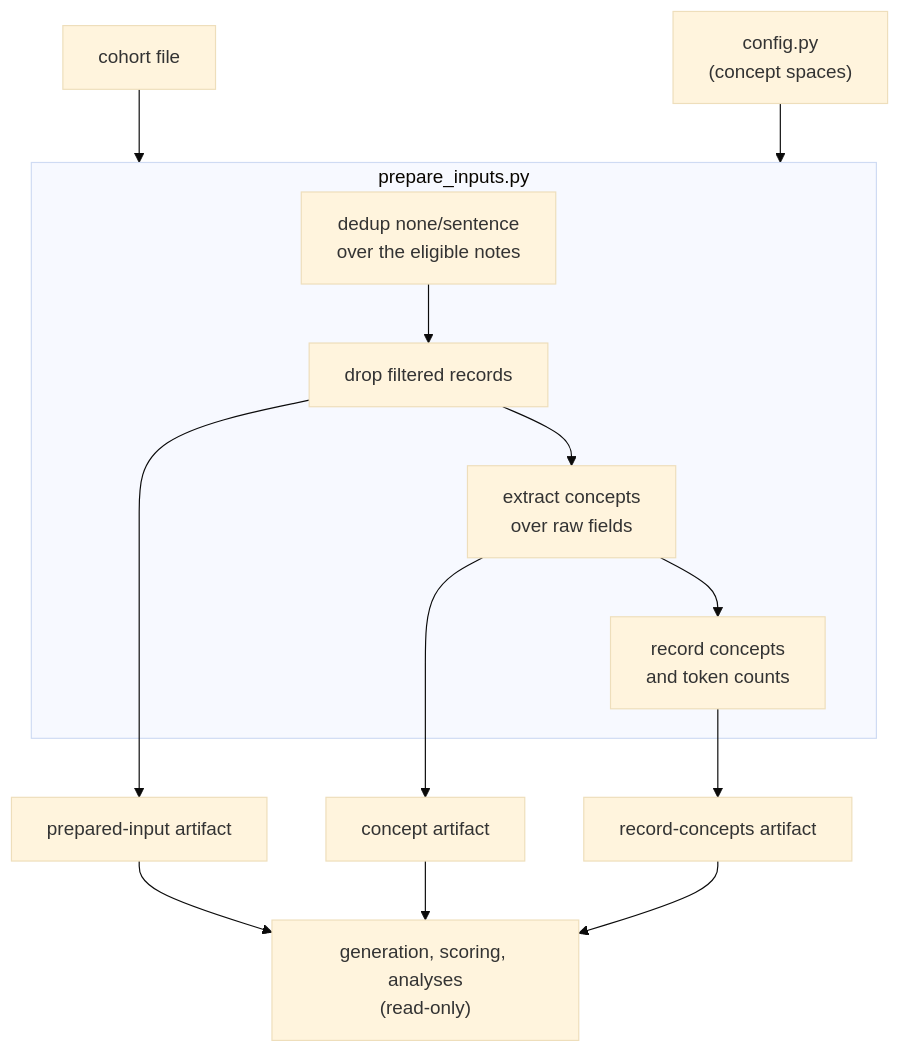
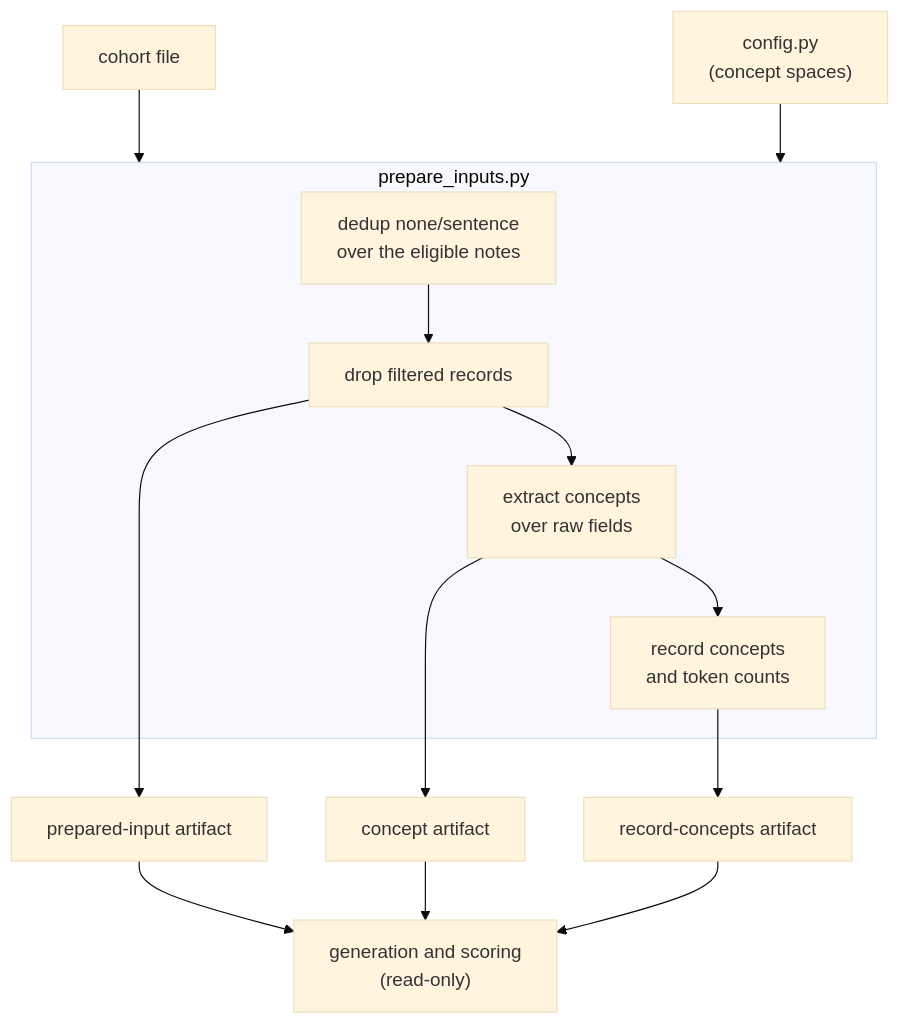
The diagram in docs/specs/preparation-design.md (fau-masters-collected-works-cgarbin/mimic-bhc-generation), drawn with Mermaid (base theme) before and after one commit. The commit also changed other lines of this file and 3 other files, not shown here.

Commit message:
Describe what generation and scoring read

````diff
--- a/docs/specs/preparation-design.md
+++ b/docs/specs/preparation-design.md
@@ -19,14 +19,14 @@
 ```mermaid
 flowchart TB
     COHORT["cohort file"] --> PREP
     CONCEPTCFG["config.py<br>(concept spaces)"] --> PREP
     subgraph PREP["prepare_inputs.py"]
         DEDUP["dedup none/sentence<br>over the eligible notes"] --> FILT["drop filtered records"] --> EXTRACT["extract concepts<br>over raw fields"] --> ATTRIB["record concepts<br>and token counts"]
     end
     FILT --> PREPARED["prepared-input artifact"]
     EXTRACT --> CONCEPTS["concept artifact"]
     ATTRIB --> RECORDS["record-concepts artifact"]
-    PREPARED --> CONSUMERS["generation, scoring, analyses<br>(read-only)"]
+    PREPARED --> CONSUMERS["generation and scoring<br>(read-only)"]
     CONCEPTS --> CONSUMERS
     RECORDS --> CONSUMERS
 ```
````
